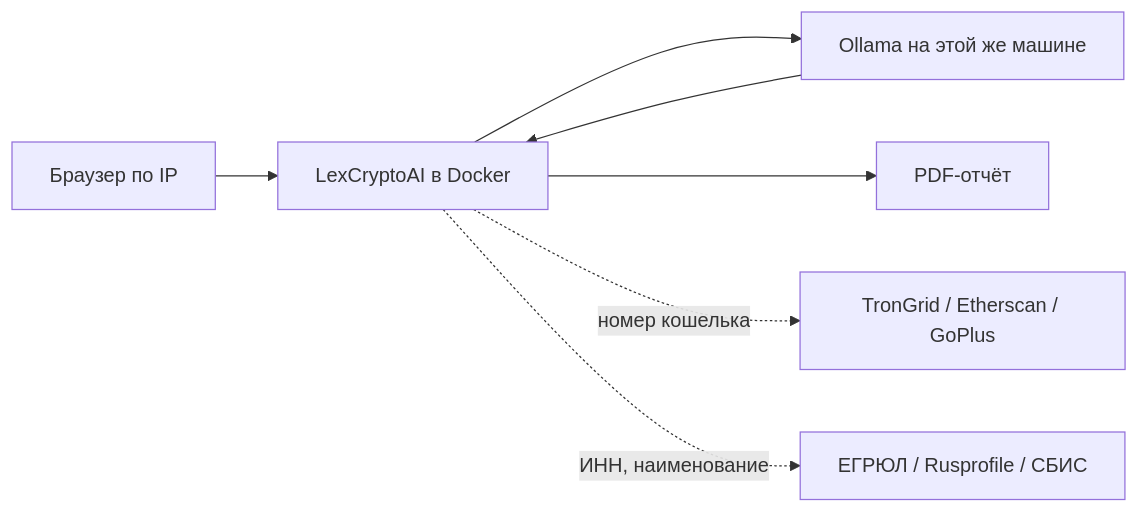
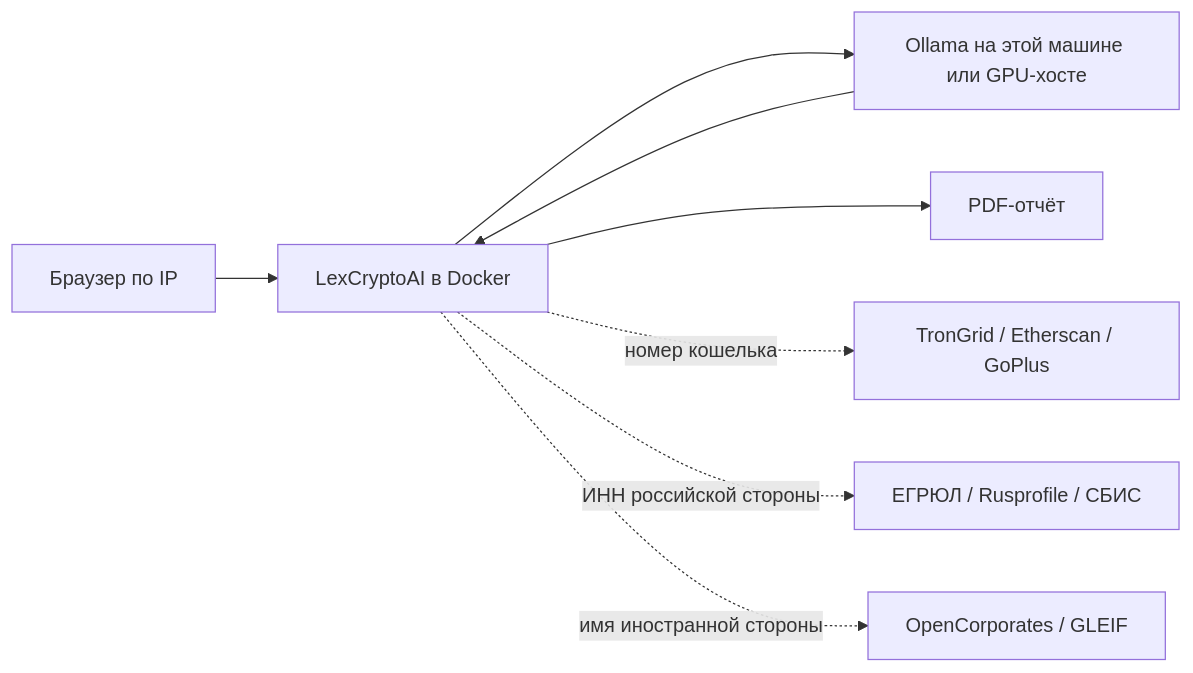
One commit to NikitaMok/LexCryptoAI changed the diagram in README.md. Above: the diagram before and after it, drawn with Mermaid. The commit also changed other lines of this file and 26 other files, not shown here.

````diff
--- a/README.md
+++ b/README.md
@@ -182,9 +217,10 @@
 ```mermaid
 flowchart LR
     Browser[Браузер по IP] --> App[LexCryptoAI в Docker]
-    App --> Ollama[Ollama на этой же машине]
+    App --> Ollama[Ollama на этой машине или GPU-хосте]
     Ollama --> App
     App --> PDF[PDF-отчёт]
     App -.->|номер кошелька| Chain[TronGrid / Etherscan / GoPlus]
-    App -.->|ИНН, наименование| Registry[ЕГРЮЛ / Rusprofile / СБИС]
+    App -.->|ИНН российской стороны| Registry[ЕГРЮЛ / Rusprofile / СБИС]
+    App -.->|имя иностранной стороны| Foreign[OpenCorporates / GLEIF]
 ```
````
